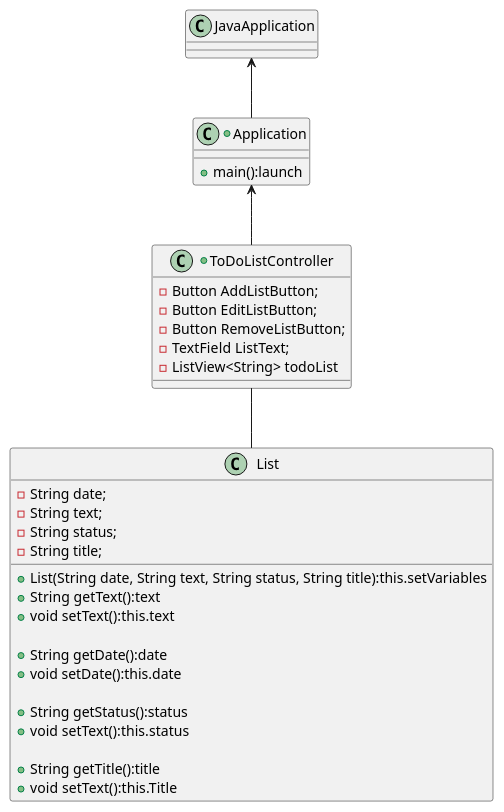
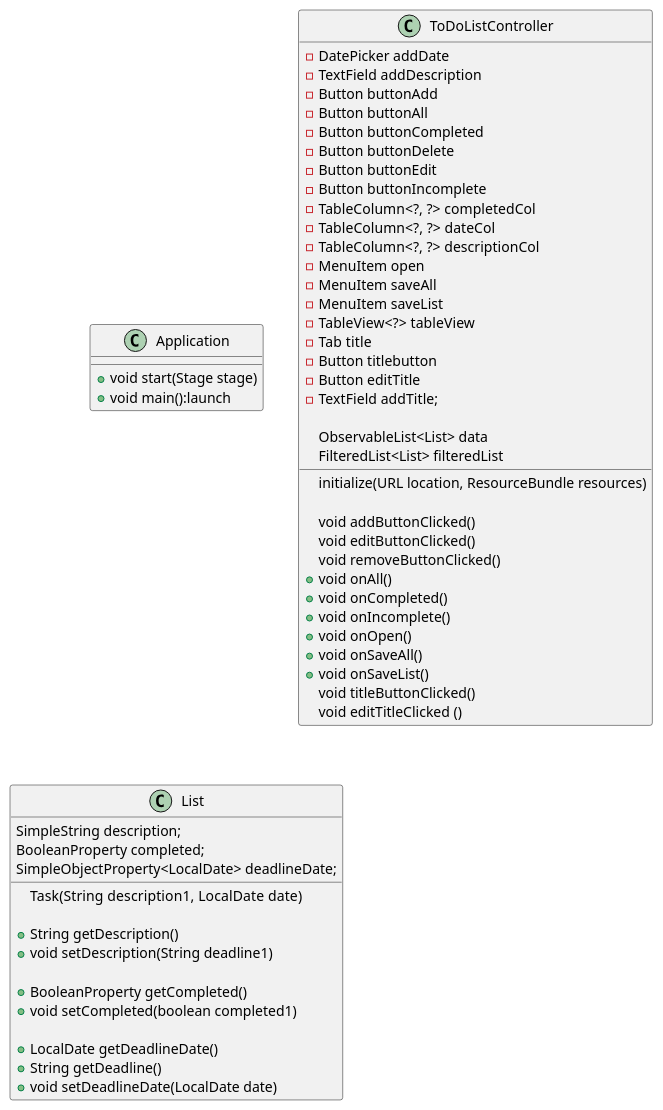
Before and after one commit to Fed-Abreu/AbreuSeymour-app1-design: the diagram in docs/TodoListAppUML.puml, drawn with PlantUML. The commit also changed 5 other files, not shown here.

```diff
--- a/docs/TodoListAppUML.puml
+++ b/docs/TodoListAppUML.puml
@@ -1,45 +1,69 @@
 @startuml
 'https://plantuml.com/sequence-diagram
-+Class Application{
+Class Application{
++void start(Stage stage)
++void main():launch
+}
 
-+main():launch
-}
-+Class ToDoListController{
+Class ToDoListController{
+-DatePicker addDate
+-TextField addDescription
+-Button buttonAdd
+-Button buttonAll
+-Button buttonCompleted
+-Button buttonDelete
+-Button buttonEdit
+-Button buttonIncomplete
+-TableColumn<?, ?> completedCol
+-TableColumn<?, ?> dateCol
+-TableColumn<?, ?> descriptionCol
+-MenuItem open
+-MenuItem saveAll
+-MenuItem saveList
+-TableView<?> tableView
+-Tab title
+-Button titlebutton
+-Button editTitle
+-TextField addTitle;
 
--Button AddListButton;
--Button EditListButton;
--Button RemoveListButton;
--TextField ListText;
--ListView<String> todoList
+ObservableList<List> data
+FilteredList<List> filteredList
 
+initialize(URL location, ResourceBundle resources)
+
+void addButtonClicked()
+void editButtonClicked()
+void removeButtonClicked()
++void onAll()
++void onCompleted()
++void onIncomplete()
++void onOpen()
++void onSaveAll()
++void onSaveList()
+void titleButtonClicked()
+void editTitleClicked ()
 }
 
 Class List{
 
--String date;
--String text;
--String status;
--String title;
+SimpleString description;
+BooleanProperty completed;
+SimpleObjectProperty<LocalDate> deadlineDate;
 
-+List(String date, String text, String status, String title):this.setVariables
+Task(String description1,  LocalDate date)
 
++ String getDescription()
++ void setDescription(String deadline1)
 
-+String getText():text
-+void setText():this.text
++ BooleanProperty getCompleted()
++ void setCompleted(boolean completed1)
 
-+String getDate():date
-+void setDate():this.date
-
-+String getStatus():status
-+void setText():this.status
-
-+String getTitle():title
-+void setText():this.Title
++ LocalDate getDeadlineDate()
++ String getDeadline()
++ void setDeadlineDate(LocalDate date)
 
 
 }
 
-JavaApplication<--Application
-Application<--ToDoListController
-ToDoListController-- List
+
 @enduml
```
